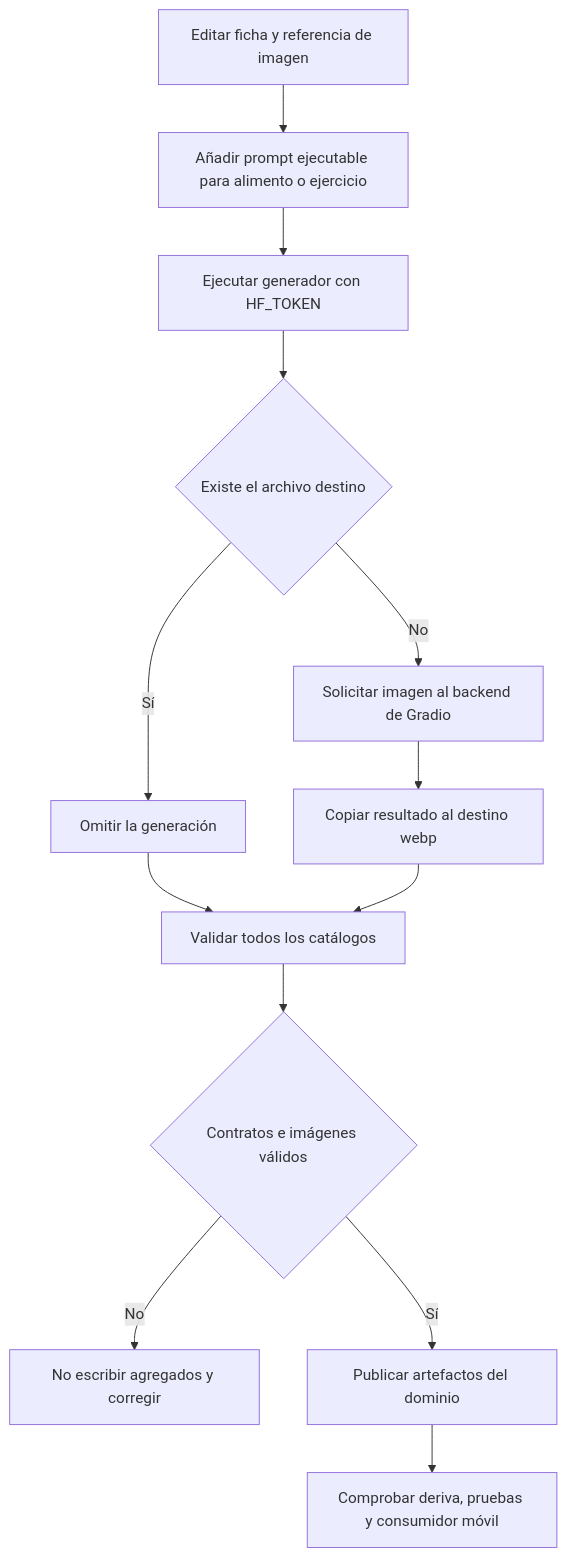
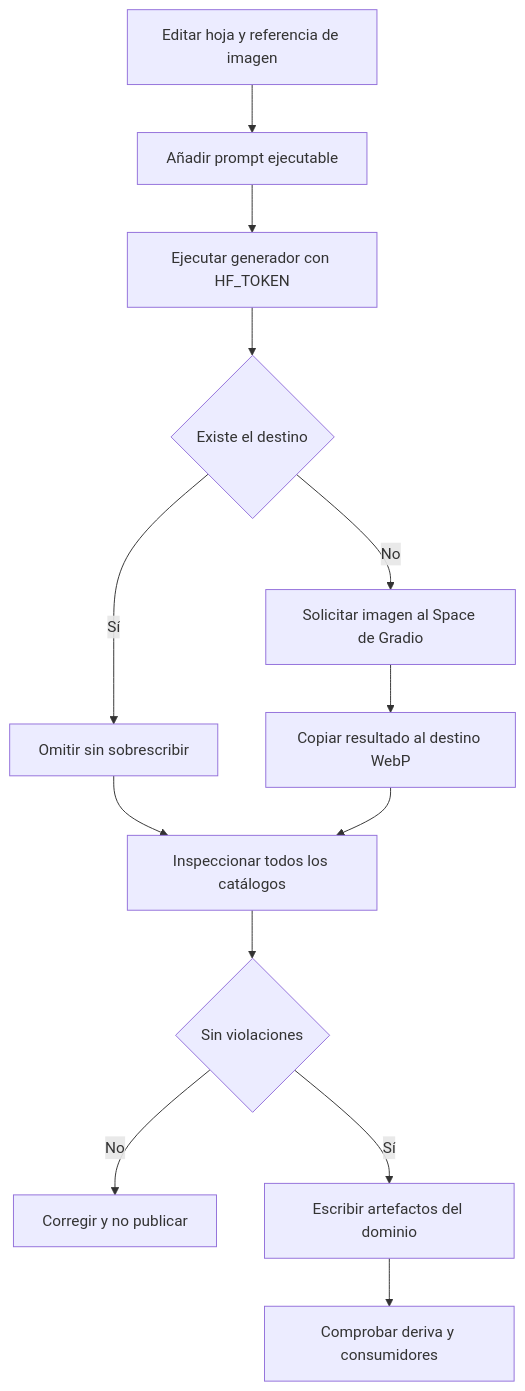
One commit to maximofn/gymnasia changed the diagram in openwiki/content/image-generation.md. Above: the diagram before and after it, drawn with Mermaid. The commit also changed other lines of this file and 39 other files, not shown here.

````diff
--- a/openwiki/content/image-generation.md
+++ b/openwiki/content/image-generation.md
@@ -49,15 +50,15 @@
 ```mermaid
 flowchart TD
-    A["Editar ficha y referencia de imagen"] --> B["Añadir prompt ejecutable para alimento o ejercicio"]
+    A["Editar hoja y referencia de imagen"] --> B["Añadir prompt ejecutable"]
     B --> C["Ejecutar generador con HF_TOKEN"]
-    C --> D{"Existe el archivo destino"}
-    D -->|"Sí"| E["Omitir la generación"]
-    D -->|"No"| F["Solicitar imagen al backend de Gradio"]
-    F --> G["Copiar resultado al destino webp"]
-    E --> H["Validar todos los catálogos"]
+    C --> D{"Existe el destino"}
+    D -->|"Sí"| E["Omitir sin sobrescribir"]
+    D -->|"No"| F["Solicitar imagen al Space de Gradio"]
+    F --> G["Copiar resultado al destino WebP"]
+    E --> H["Inspeccionar todos los catálogos"]
     G --> H
-    H --> I{"Contratos e imágenes válidos"}
-    I -->|"No"| J["No escribir agregados y corregir"]
-    I -->|"Sí"| K["Publicar artefactos del dominio"]
-    K --> L["Comprobar deriva, pruebas y consumidor móvil"]
+    H --> I{"Sin violaciones"}
+    I -->|"No"| J["Corregir y no publicar"]
+    I -->|"Sí"| K["Escribir artefactos del dominio"]
+    K --> L["Comprobar deriva y consumidores"]
 ```
````
